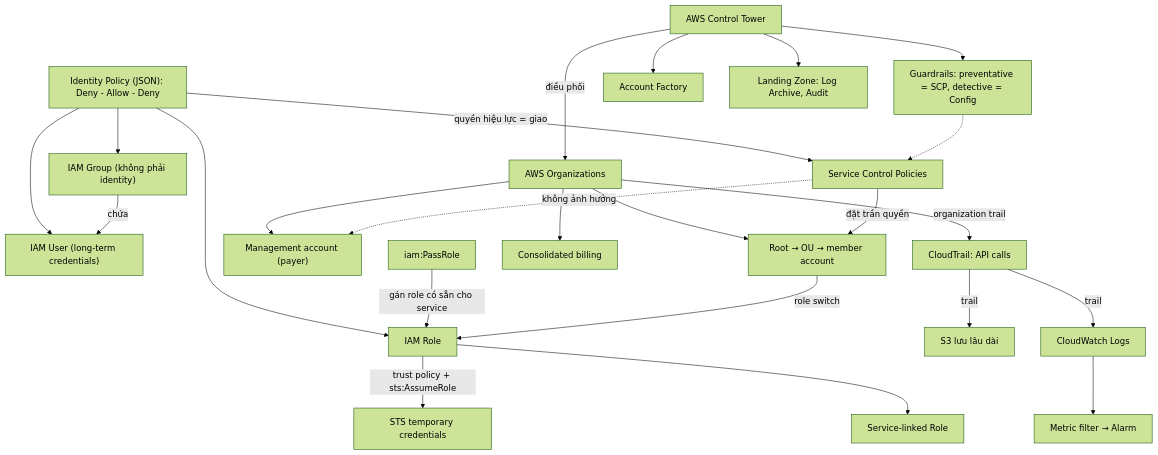
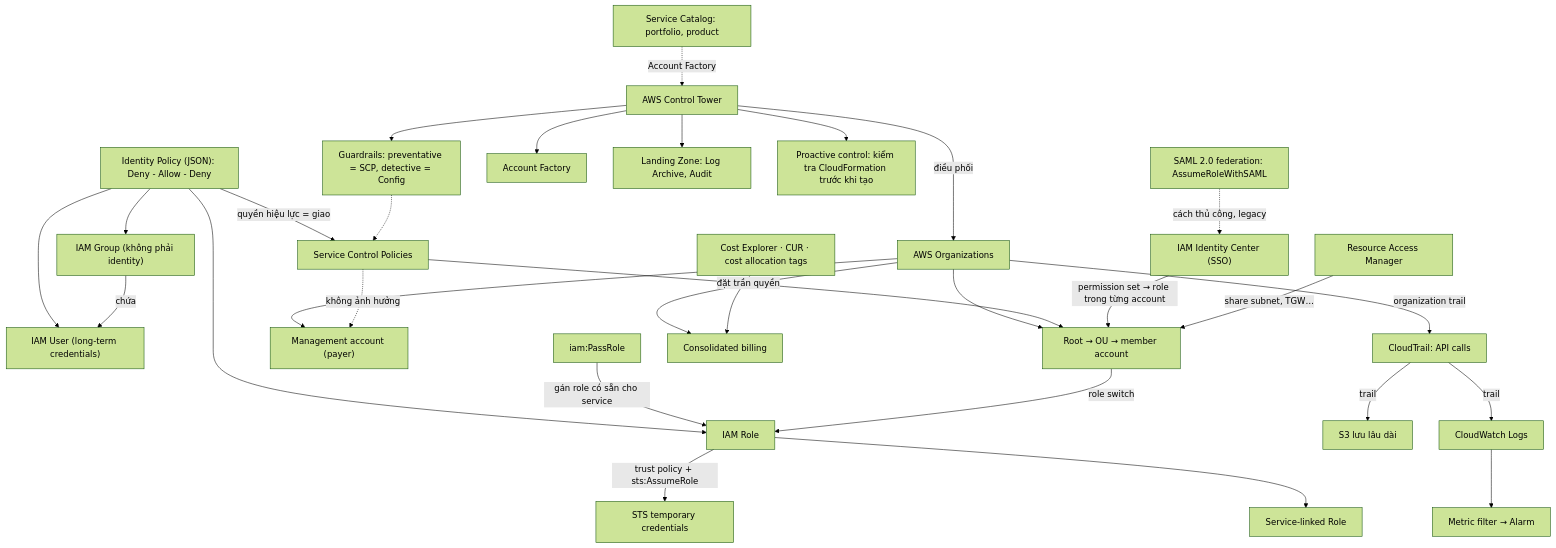
The diagram in data/04 IAM Accounts and Organizations/_MOC 04 IAM Accounts and Organizations.md (hairbui76/aws-saa-c03), drawn with Mermaid (forest theme) before and after one commit. The commit also changed other lines of this file and 53 other files, not shown here.

````diff
--- a/data/04 IAM Accounts and Organizations/_MOC 04 IAM Accounts and Organizations.md
+++ b/data/04 IAM Accounts and Organizations/_MOC 04 IAM Accounts and Organizations.md
@@ -24,26 +30,32 @@
 ```mermaid
 flowchart TB
   POL["Identity Policy (JSON): Deny - Allow - Deny"] --> USR["IAM User (long-term credentials)"]
   POL --> GRP["IAM Group (không phải identity)"]
   POL --> ROLE["IAM Role"]
   GRP -->|"chứa"| USR
   ROLE -->|"trust policy + sts:AssumeRole"| STS["STS temporary credentials"]
   ROLE --> SLR["Service-linked Role"]
   PR["iam:PassRole"] -->|"gán role có sẵn cho service"| ROLE
   ORG["AWS Organizations"] --> MGMT["Management account (payer)"]
   ORG --> OU["Root → OU → member account"]
   ORG --> CB["Consolidated billing"]
   SCP["Service Control Policies"] -->|"đặt trần quyền"| OU
   SCP -.->|"không ảnh hưởng"| MGMT
   POL -->|"quyền hiệu lực = giao"| SCP
   OU -->|"role switch"| ROLE
   CT["AWS Control Tower"] -->|"điều phối"| ORG
   CT --> GR["Guardrails: preventative = SCP, detective = Config"]
   CT --> AF["Account Factory"]
   CT --> LZ["Landing Zone: Log Archive, Audit"]
   TRAIL["CloudTrail: API calls"] -->|"trail"| S3["S3 lưu lâu dài"]
   TRAIL -->|"trail"| CWL["CloudWatch Logs"]
   CWL --> MF["Metric filter → Alarm"]
   ORG -->|"organization trail"| TRAIL
   GR -.-> SCP
+  CT --> PRO["Proactive control: kiểm tra CloudFormation trước khi tạo"]
+  IIC["IAM Identity Center (SSO)"] -->|"permission set → role trong từng account"| OU
+  SAML["SAML 2.0 federation: AssumeRoleWithSAML"] -.->|"cách thủ công, legacy"| IIC
+  RAM["Resource Access Manager"] -->|"share subnet, TGW…"| OU
+  SC["Service Catalog: portfolio, product"] -.->|"Account Factory"| CT
+  COST["Cost Explorer · CUR · cost allocation tags"] --> CB
 ```
````
